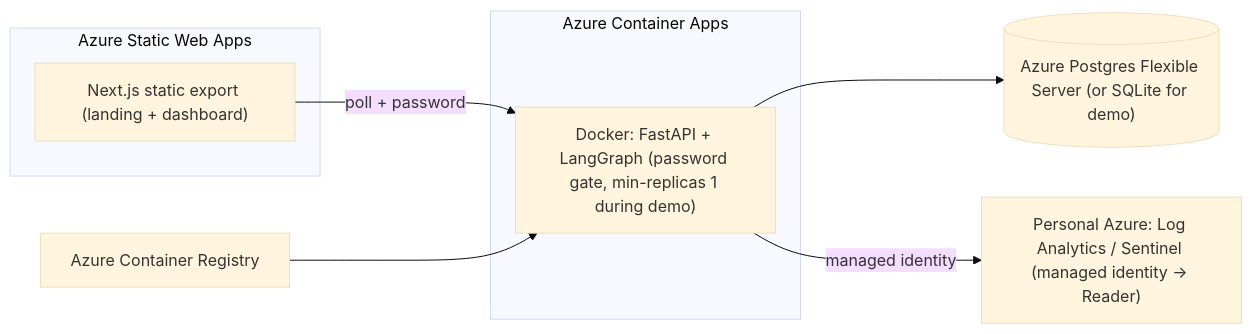
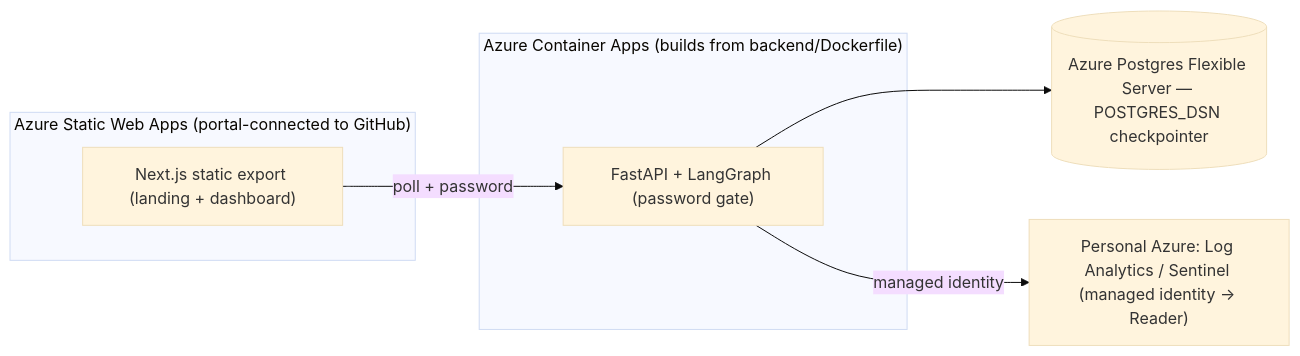
Before and after one commit to debcloud2020-stack/secops-multi-agent-001: the sixth of 6 diagrams in PLAN.md, drawn with Mermaid (base theme). The commit also changed other lines of this file and 15 other files, not shown here.

Commit message:
chore: remove docker-compose + IaC + deploy workflows; deploy is manual via Azure portal

````diff
--- a/PLAN.md
+++ b/PLAN.md
@@ -286,17 +292,15 @@
 ```mermaid
 flowchart LR
-  subgraph SWA["Azure Static Web Apps"]
+  subgraph SWA["Azure Static Web Apps (portal-connected to GitHub)"]
     FE["Next.js static export (landing + dashboard)"]
   end
-  subgraph ACA["Azure Container Apps"]
-    BG["Docker: FastAPI + LangGraph (password gate, min-replicas 1 during demo)"]
+  subgraph ACA["Azure Container Apps (builds from backend/Dockerfile)"]
+    BG["FastAPI + LangGraph (password gate)"]
   end
-  ACR["Azure Container Registry"]
-  PG[("Azure Postgres Flexible Server (or SQLite for demo)")]
+  PG[("Azure Postgres Flexible Server — POSTGRES_DSN checkpointer")]
   AZURE["Personal Azure: Log Analytics / Sentinel (managed identity → Reader)"]
 
   FE -->|"poll + password"| BG
-  ACR --> BG
   BG --> PG
   BG -->|managed identity| AZURE
 ```
````
